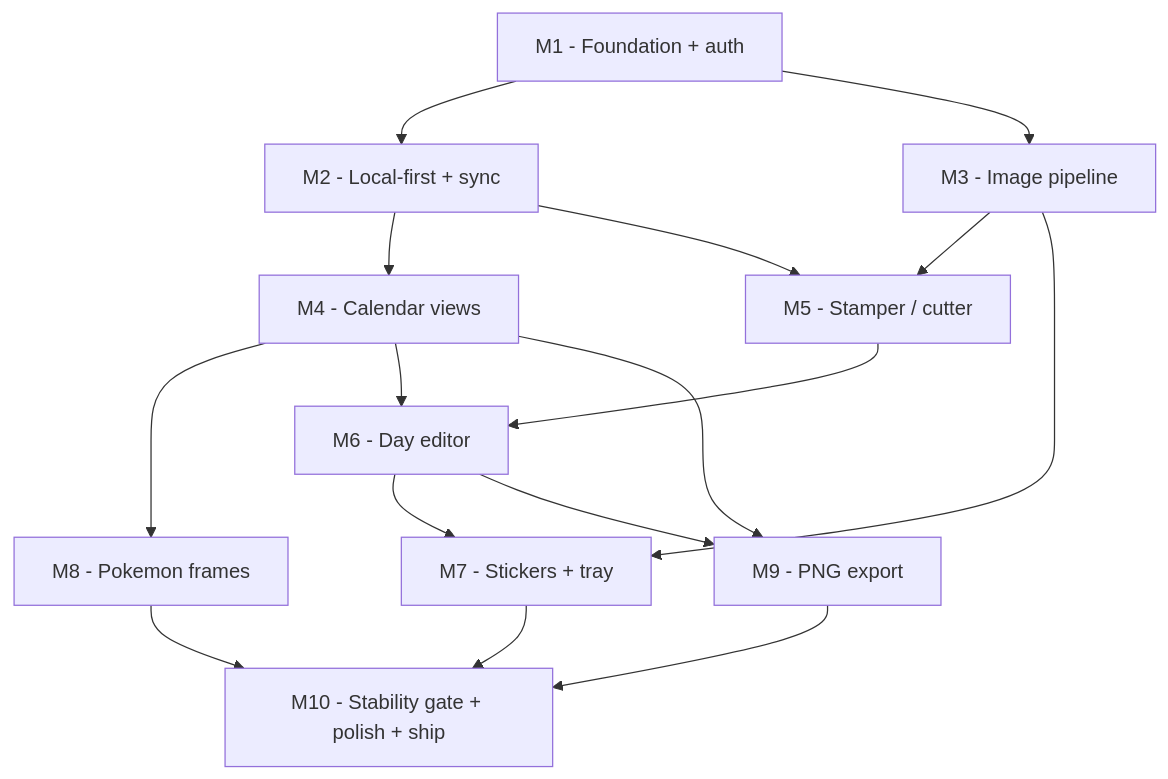
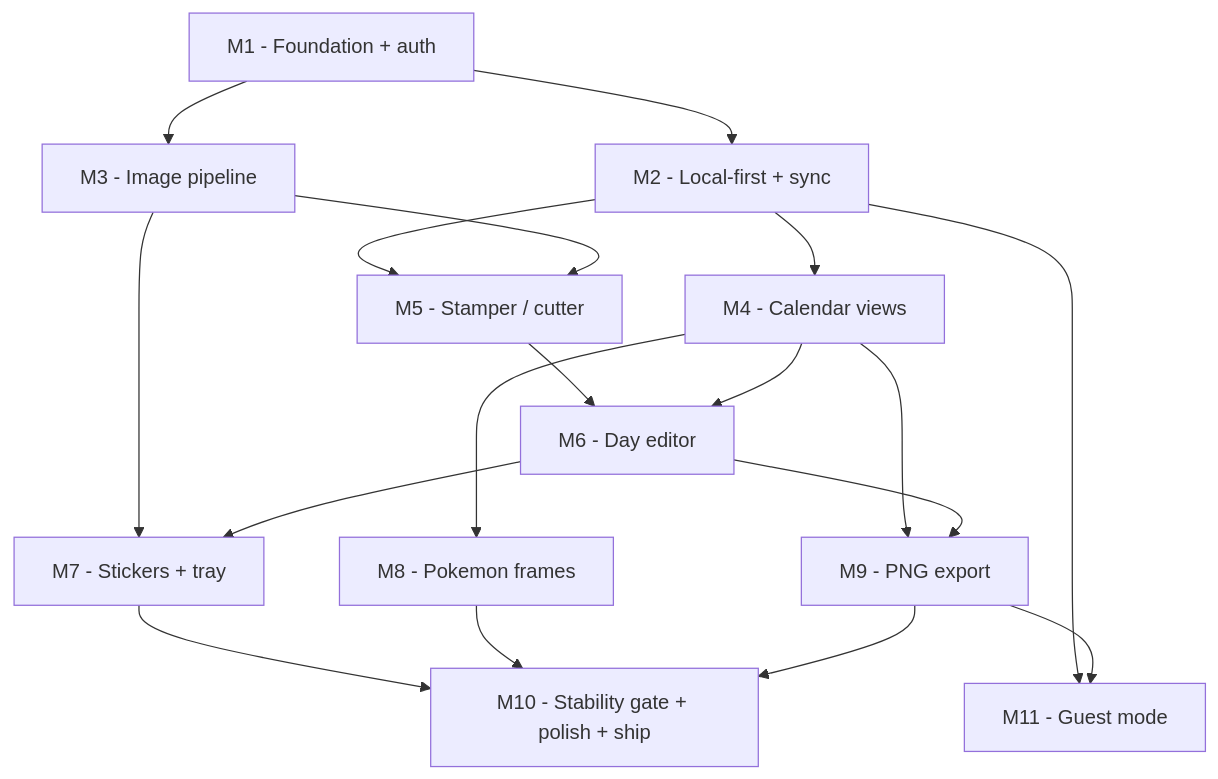
One commit to Bolgunn/javis-journal changed the third of 3 diagrams in Wiki Javi's Journal/PLAN.md. Above: the diagram before and after it, drawn with Mermaid. The commit also changed other lines of this file and 2 other files, not shown here.

Commit message:
docs: M11 guest mode plan + build kickoff (US-15)

````diff
--- a/Wiki Javi's Journal/PLAN.md
+++ b/Wiki Javi's Journal/PLAN.md
@@ -289,18 +299,20 @@
 ```mermaid
 graph TD
   M1[M1 - Foundation + auth] --> M2[M2 - Local-first + sync]
   M1 --> M3[M3 - Image pipeline]
   M2 --> M4[M4 - Calendar views]
   M2 --> M5[M5 - Stamper / cutter]
   M3 --> M5
   M4 --> M8[M8 - Pokemon frames]
   M5 --> M6[M6 - Day editor]
   M4 --> M6
   M3 --> M7[M7 - Stickers + tray]
   M6 --> M7
   M4 --> M9[M9 - PNG export]
   M6 --> M9
   M7 --> M10[M10 - Stability gate + polish + ship]
   M8 --> M10
   M9 --> M10
+  M2 --> M11[M11 - Guest mode]
+  M9 --> M11
 ```
````
